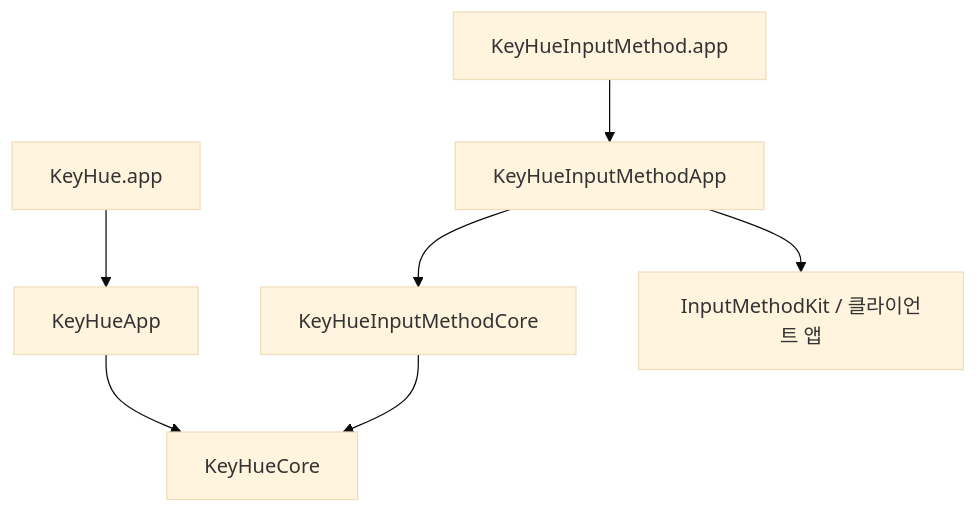
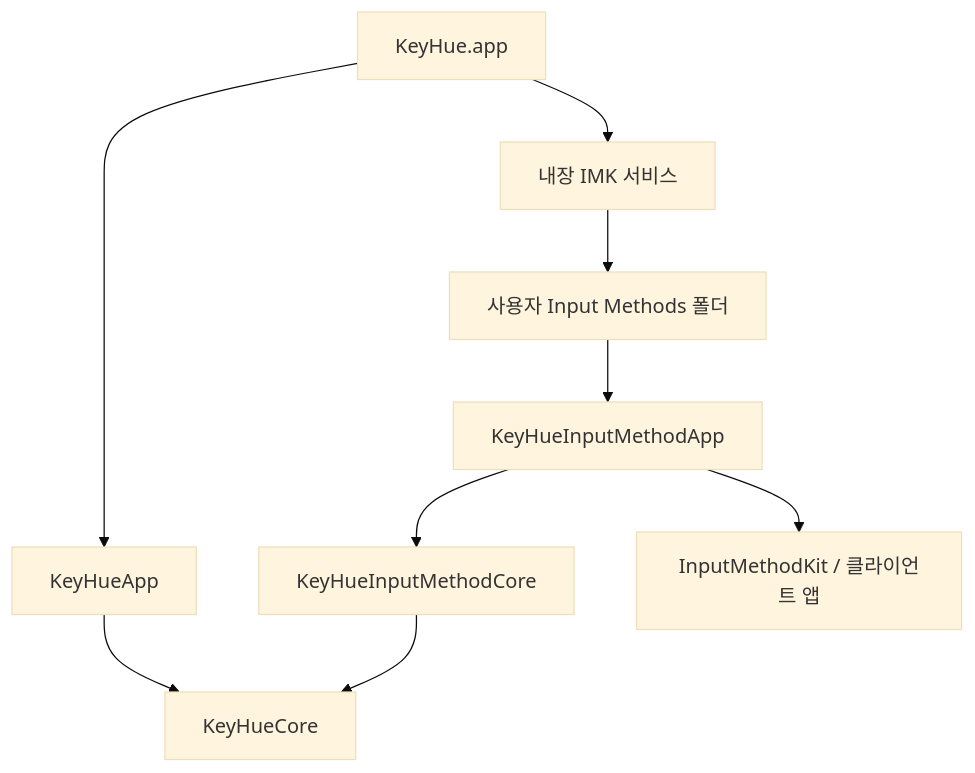
One commit to sejoung/KeyHue changed the diagram in docs/INPUT_METHOD_DESIGN.md. Above: the diagram before and after it, drawn with Mermaid (base theme). The commit also changed other lines of this file and 70 other files, not shown here.

````diff
--- a/docs/INPUT_METHOD_DESIGN.md
+++ b/docs/INPUT_METHOD_DESIGN.md
@@ -31,9 +35,11 @@
 ```mermaid
 flowchart TD
     Utility[KeyHue.app] --> UtilityApp[KeyHueApp]
     UtilityApp --> Shared[KeyHueCore]
-    IME[KeyHueInputMethod.app] --> Adapter[KeyHueInputMethodApp]
+    Utility --> Payload[내장 IMK 서비스]
+    Payload --> Install[사용자 Input Methods 폴더]
+    Install --> Adapter[KeyHueInputMethodApp]
     Adapter --> Engine[KeyHueInputMethodCore]
     Engine --> Shared
     Adapter --> Client[InputMethodKit / 클라이언트 앱]
 ```
````
